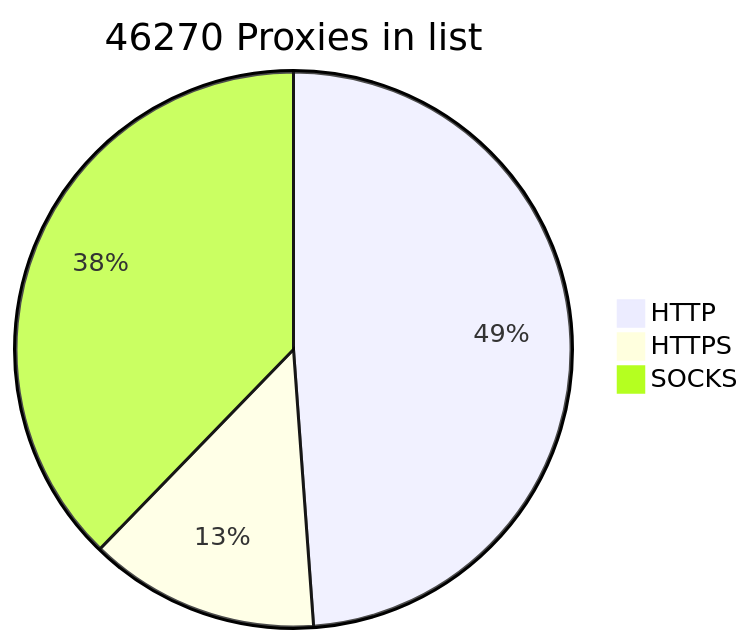
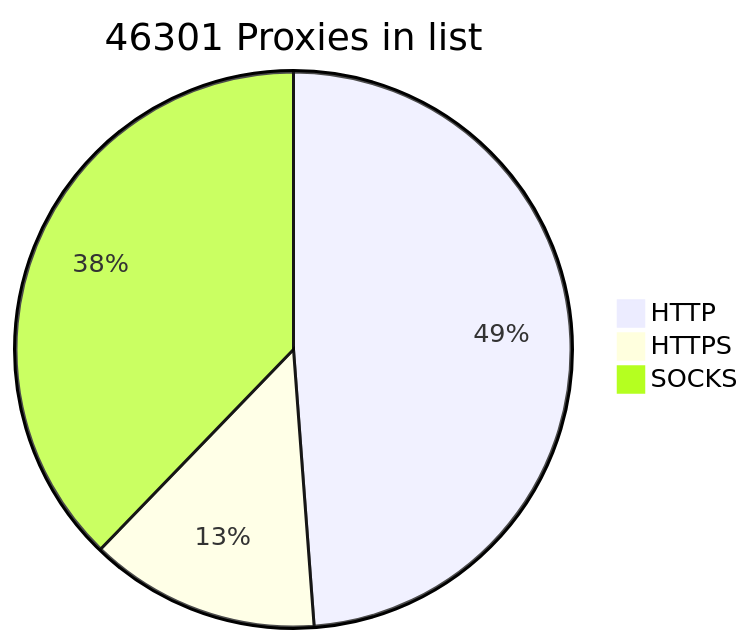
The diagram in README.md (BlackSnowDot/proxylist-update-every-minute), drawn with Mermaid before and after one commit.

````diff
--- a/README.md
+++ b/README.md
@@ -2,6 +2,6 @@
 ```mermaid
-pie title 46270 Proxies in list
+pie title 46301 Proxies in list
     "HTTP" : 25173
-    "HTTPS": 6915
-    "SOCKS" : 19449
+    "HTTPS": 6916
+    "SOCKS" : 19479
 ```
````
